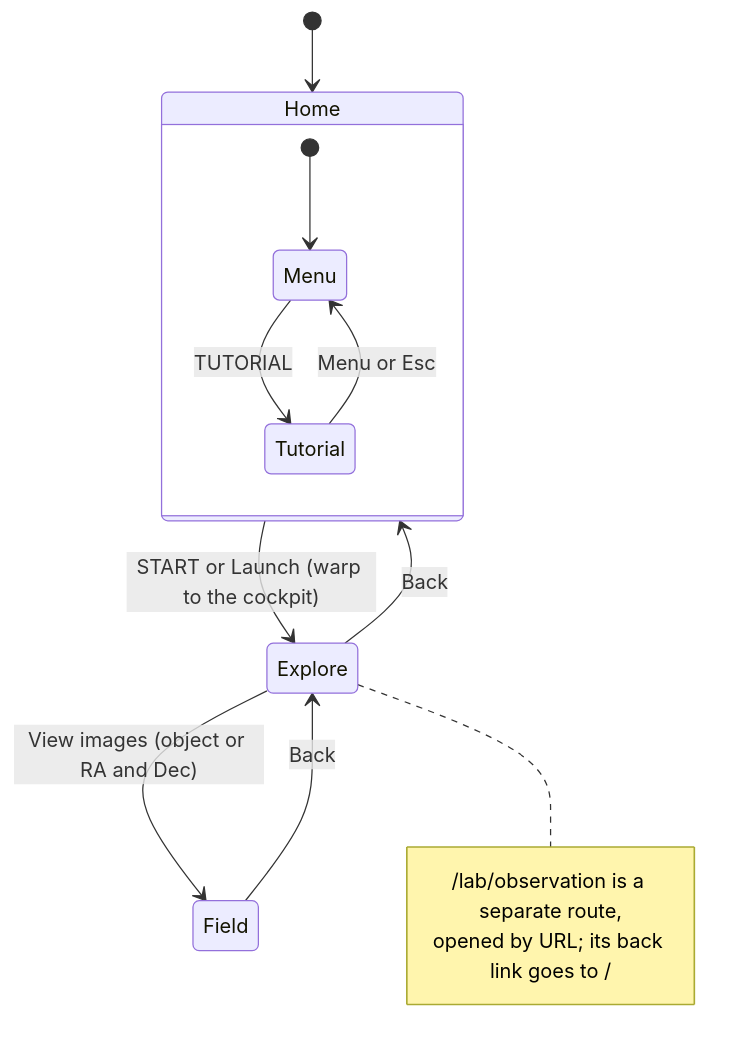
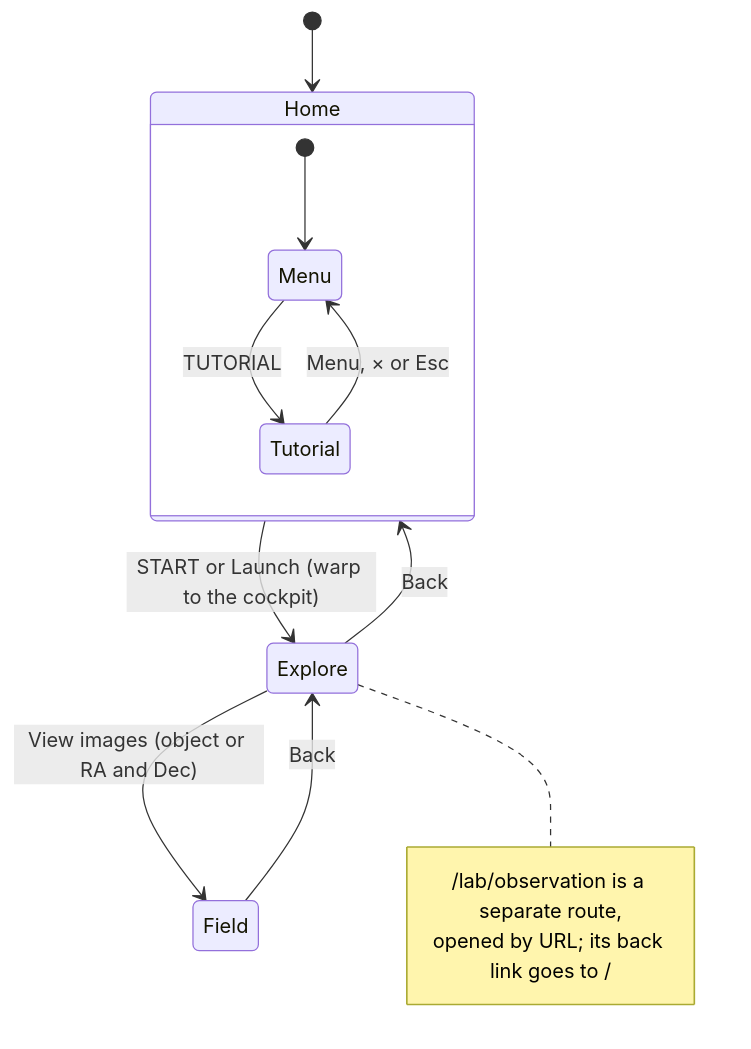
The ninth of 10 diagrams in docs/architecture.md (toroc07/nebo-app), drawn with Mermaid before and after one commit. The commit also changed other lines of this file and 9 other files, not shown here.

````diff
--- a/docs/architecture.md
+++ b/docs/architecture.md
@@ -447,17 +448,17 @@
 ```mermaid
 stateDiagram-v2
   [*] --> Home
   state Home {
     [*] --> Menu
     Menu --> Tutorial: TUTORIAL
-    Tutorial --> Menu: Menu or Esc
+    Tutorial --> Menu: Menu, × or Esc
   }
   Home --> Explore: START or Launch (warp to the cockpit)
   Explore --> Field: View images (object or RA and Dec)
   Field --> Explore: Back
   Explore --> Home: Back
   note right of Explore
     /lab/observation is a separate route,
     opened by URL; its back link goes to /
   end note
 ```
````
